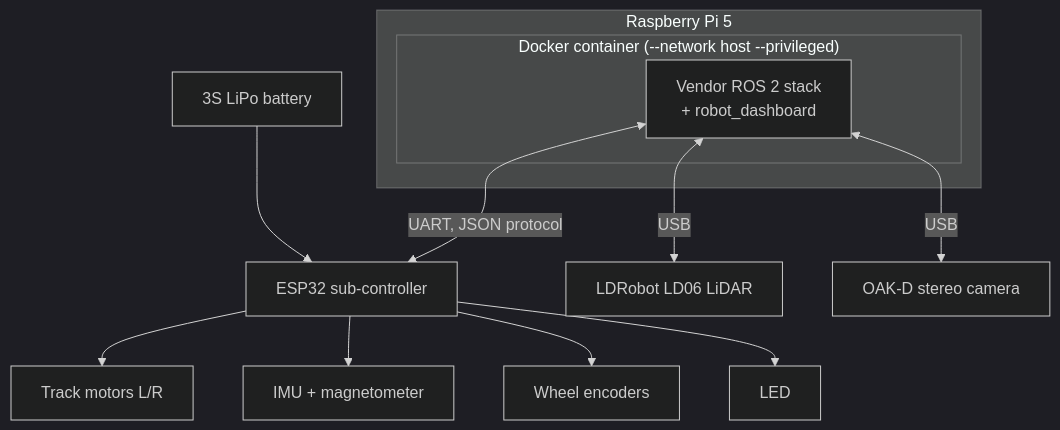
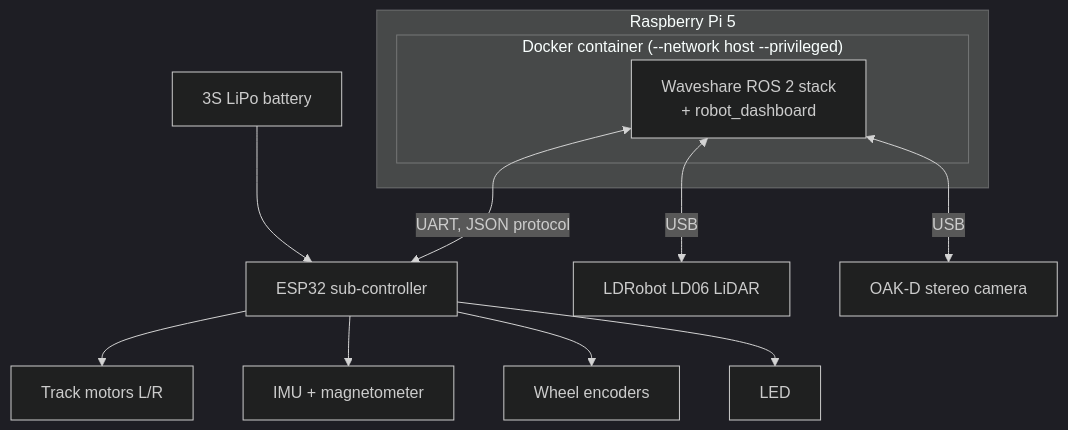
One commit to Greninja44/ugv-beast-robot-ws changed the first of 2 diagrams in README.md. Above: the diagram before and after it, drawn with Mermaid (dark theme). The commit also changed other lines of this file and 1 other file, not shown here.

First line of the commit message:
Polish README for new users: full architecture, cleaner wording

````diff
--- a/README.md
+++ b/README.md
@@ -85,22 +85,22 @@
 ```mermaid
 flowchart TB
   subgraph Pi["Raspberry Pi 5"]
     subgraph Docker["Docker container (--network host --privileged)"]
-      ROS["Vendor ROS 2 stack<br/>+ robot_dashboard"]
+      ROS["Waveshare ROS 2 stack<br/>+ robot_dashboard"]
     end
   end
   ESP["ESP32 sub-controller"]
   MOT["Track motors L/R"]
   IMU["IMU + magnetometer"]
   ENC["Wheel encoders"]
   LED["LED"]
   LIDAR["LDRobot LD06 LiDAR"]
   CAM["OAK-D stereo camera"]
   BATT["3S LiPo battery"]
 
   ROS <-->|"UART, JSON protocol"| ESP
   ESP --> MOT & IMU & ENC & LED
   BATT --> ESP
   ROS <-->|USB| LIDAR
   ROS <-->|USB| CAM
 ```
````
